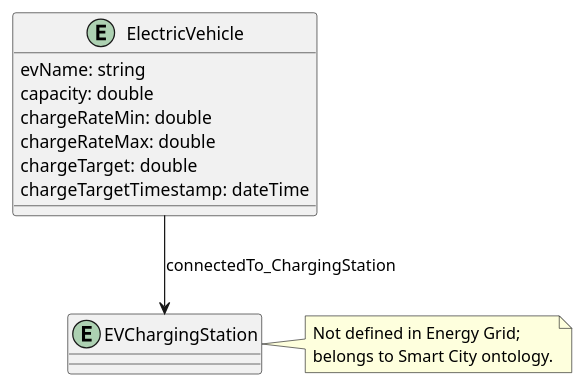
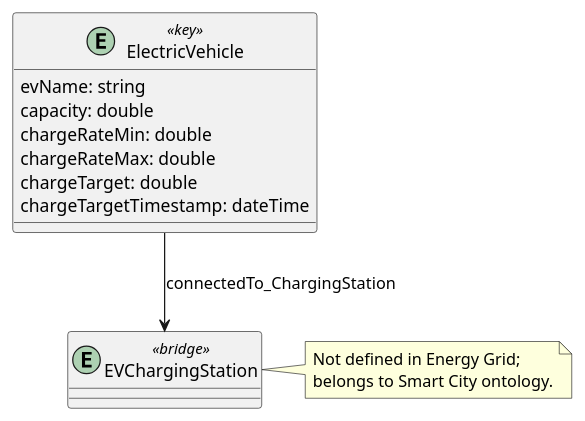
The diagram in diagrams/energy-grid/energy-grid-electric-vehicle.puml (HenriKCorrea/agentwin-knowledge-graph), drawn with PlantUML before and after one commit. The commit also changed 8 other files, not shown here.

Commit message:
feat: enhance entity definitions with context and key decisions for VoltageLevel, CustomerLoad, EquivalentLoad, and others in energy grid diagrams

```diff
--- a/diagrams/energy-grid/energy-grid-electric-vehicle.puml
+++ b/diagrams/energy-grid/energy-grid-electric-vehicle.puml
@@ -7,32 +7,35 @@
 @startuml Energy Grid Electric Vehicle
 
 ' NOTE: EVChargingStation is referenced here for cross-domain linkage,
 ' but it is not defined in the Energy Grid ontology. It belongs to the Smart City ontology.
-entity EVChargingStation {
+entity EVChargingStation <<bridge>> {
 }
 
 ' Adapted from CIM and https://github.com/smart-data-models/dataModel.EnergyCIM/ data models: an electric vehicle model
 ' An electric vehicle (EV) is a vehicle that uses one or more electric motors or traction motors for propulsion.
 ' An electric vehicle may be powered through a collector system by electricity from off-vehicle sources,
 ' or may be self-contained with a battery, solar panels, fuel cells or an electric generator to convert fuel to electricity.
-entity ElectricVehicle {
+'
+' <<key>> decision:
+' - **`ElectricVehicle`** — the demand side of the problem. Its `chargeRateMax` sets the upper bound on which station power levels are compatible, `chargeTarget` quantifies how much energy is needed, and `chargeTargetTimestamp` establishes urgency. Without these, no assignment decision can be made.
+entity ElectricVehicle <<key>> {
     evName: string /' The name of the electric vehicle. '/
     capacity: double /' Total EV battery capacity. '/
     ' chargeMin: double /' Minimum charge limit. '/
     chargeRateMin: double /' Minimum charging rate. '/
     chargeRateMax: double /' Maximum charging rate. '/
     ' dischargeRateMin: double /' Minimum discharge rate. '/
     ' dischargeRateMax: double /' Maximum discharge rate. '/
     chargeTarget: double /' Target capacity to be charged '/
     chargeTargetTimestamp: dateTime /' Target end datetime to be charged '/
     ' -- connectedTo_ChargingStation --> EVChargingStation /' EV --> ChargingStation '/
 }
 
 ElectricVehicle --> EVChargingStation : connectedTo_ChargingStation /' EV --> ChargingStation '/
 
 note right of EVChargingStation
 Not defined in Energy Grid;
 belongs to Smart City ontology.
 end note
 
 @enduml
```
